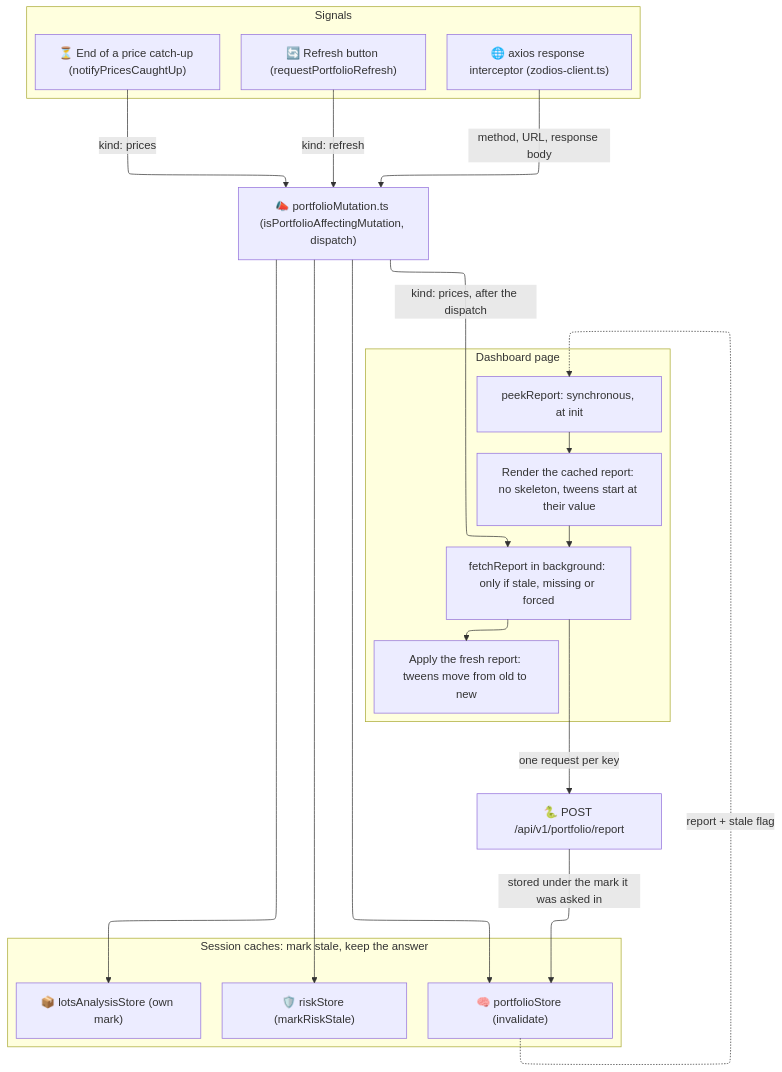
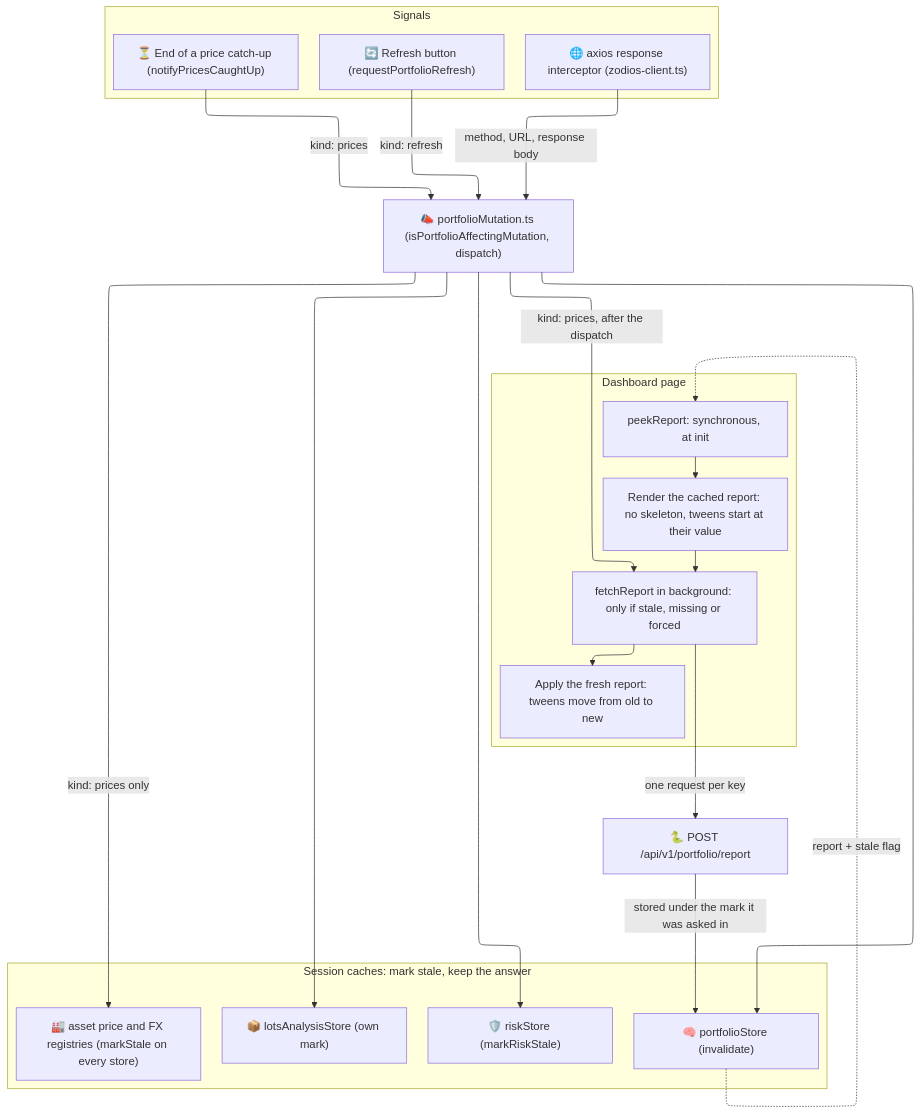
Before and after one commit to Librefolio/LibreFolio: the diagram in mkdocs_src/docs/developer/frontend/state/domain-state.md, drawn with Mermaid. The commit also changed other lines of this file and 12 other files, not shown here.

First line of the commit message:
fix(stores): price caches stale after catch-up

````diff
--- a/mkdocs_src/docs/developer/frontend/state/domain-state.md
+++ b/mkdocs_src/docs/developer/frontend/state/domain-state.md
@@ -24,43 +24,45 @@
 ```mermaid
 ---
 config:
   layout: elk
 ---
 graph TD
     subgraph Signals ["Signals"]
         Axios["🌐 axios response interceptor (zodios-client.ts)"]
         Refresh["🔄 Refresh button (requestPortfolioRefresh)"]
         Prices["⏳ End of a price catch-up (notifyPricesCaughtUp)"]
     end
 
     Bus["📣 portfolioMutation.ts (isPortfolioAffectingMutation, dispatch)"]
 
     subgraph Caches ["Session caches: mark stale, keep the answer"]
         Report["🧠 portfolioStore (invalidate)"]
         Risk["🛡️ riskStore (markRiskStale)"]
         Lots["📦 lotsAnalysisStore (own mark)"]
+        PriceStores["🏭 asset price and FX registries (markStale on every store)"]
     end
 
     subgraph Page ["Dashboard page"]
         Peek["peekReport: synchronous, at init"]
         Render["Render the cached report: no skeleton, tweens start at their value"]
         Fetch["fetchReport in background: only if stale, missing or forced"]
         Update["Apply the fresh report: tweens move from old to new"]
     end
 
     API["🐍 POST /api/v1/portfolio/report"]
 
     Axios -->|"method, URL, response body"| Bus
     Refresh -->|"kind: refresh"| Bus
     Prices -->|"kind: prices"| Bus
     Bus --> Report
     Bus --> Risk
     Bus --> Lots
+    Bus -->|"kind: prices only"| PriceStores
     Bus -->|"kind: prices, after the dispatch"| Fetch
     Report -.->|"report + stale flag"| Peek
     Peek --> Render
     Render --> Fetch
     Fetch -->|"one request per key"| API
     API -->|"stored under the mark it was asked in"| Report
     Fetch --> Update
 ```
````
